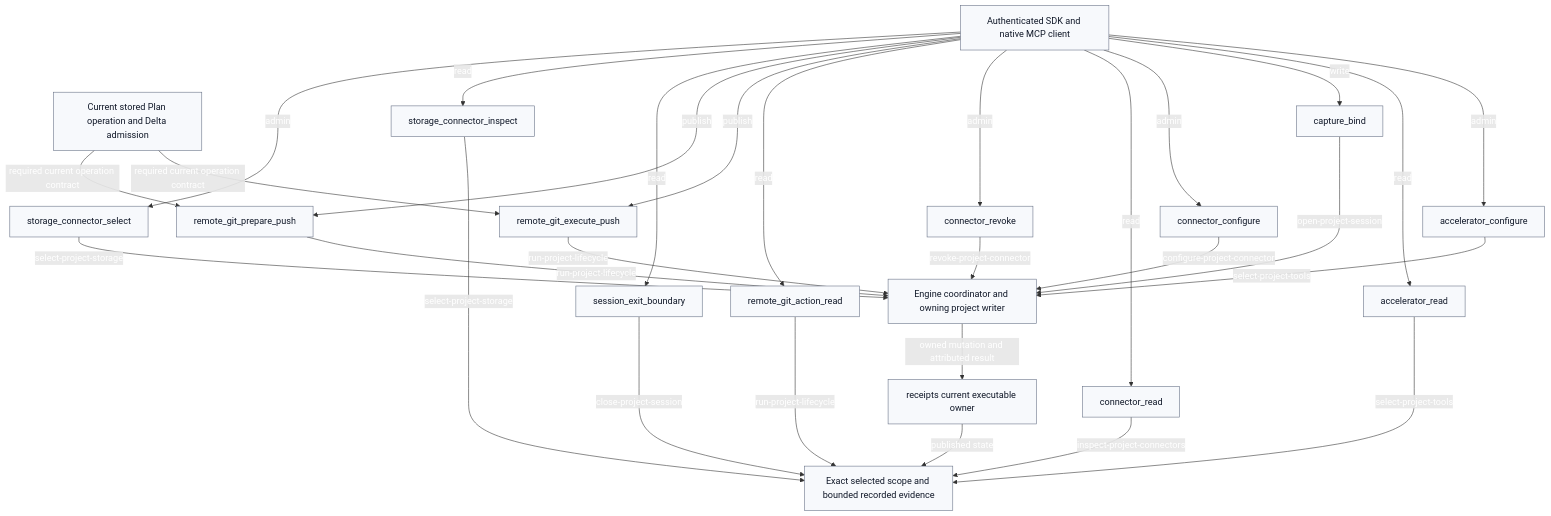
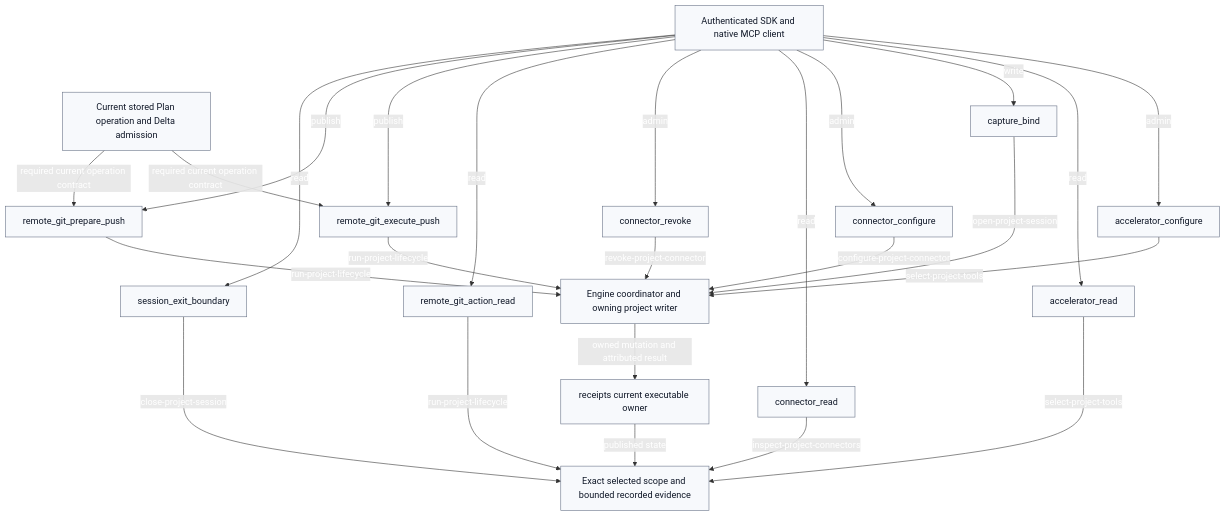
One commit to rathee000001/evidence_lane_plugin changed the diagram in plugins/evidence-lane-plugin/authorities/receipt_ledger/workflow.mmd. Above: the diagram before and after it, drawn with Mermaid. The commit also changed 2144 other files, not shown here.

Commit message:
fix: complete Evidence Lane v4.0.5 candidate

```diff
--- a/plugins/evidence-lane-plugin/authorities/receipt_ledger/workflow.mmd
+++ b/plugins/evidence-lane-plugin/authorities/receipt_ledger/workflow.mmd
@@ -1,69 +1,62 @@
 flowchart TB
 %% EVIDENCE_LANE_GRAPH_ENGINE=LANGGRAPH_STATEGRAPH
 %% LANGGRAPH_VERSION=1.2.11
-%% LANGGRAPH_EXPORT_SHA256=749B02F56D0D67E54FDD8AFFF4AE21FCE2D750B5E3535CE6F4C07636A4EDAE63
+%% LANGGRAPH_EXPORT_SHA256=EF5D0D734696B6F806543F777159CFE8B71E4A3C1B2211FDA70B4241EE7FE746
 %% EVIDENCE_LANE_LAYOUT=BALANCED_TWO_DIMENSIONAL_FANOUT_V1
-%% EVIDENCE_LANE_LAYOUT_CONSTRAINT_COUNT=5
+%% EVIDENCE_LANE_LAYOUT_CONSTRAINT_COUNT=4
   classDef root fill:#101828,stroke:#101828,color:#fff,stroke-width:2px;
   classDef source fill:#edf5ff,stroke:#125cdd,color:#101828;
   classDef semantic fill:#f0ebff,stroke:#7147c7,color:#101828;
   classDef retrieval fill:#eaf8f1,stroke:#24805c,color:#101828;
   classDef git fill:#fff7e7,stroke:#c88722,color:#101828;
   classDef lifecycle fill:#fff1f0,stroke:#ba4236,color:#101828;
   classDef output fill:#f7f9fc,stroke:#667085,color:#101828;
   classDef warn fill:#fff7e7,stroke:#c88722,color:#101828;
   classDef table fill:#f0ebff,stroke:#7147c7,color:#101828;
   classDef column fill:#f7f9fc,stroke:#667085,color:#101828;
   classDef default fill:#f7f9fc,stroke:#667085,color:#101828;
   sdk["Authenticated SDK and native MCP client"]:::default
   read["Exact selected scope and bounded recorded evidence"]:::default
   writer["Engine coordinator and owning project writer"]:::default
   delta["Current stored Plan operation and Delta admission"]:::default
   owner["receipts current executable owner"]:::default
   action_accelerator_configure["accelerator_configure"]:::default
   action_accelerator_read["accelerator_read"]:::default
   action_capture_bind["capture_bind"]:::default
   action_connector_configure["connector_configure"]:::default
   action_connector_read["connector_read"]:::default
   action_connector_revoke["connector_revoke"]:::default
   action_remote_git_action_read["remote_git_action_read"]:::default
   action_remote_git_execute_push["remote_git_execute_push"]:::default
   action_remote_git_prepare_push["remote_git_prepare_push"]:::default
   action_session_exit_boundary["session_exit_boundary"]:::default
-  action_storage_connector_inspect["storage_connector_inspect"]:::default
-  action_storage_connector_select["storage_connector_select"]:::default
   sdk -->|"admin"| action_accelerator_configure
   action_accelerator_configure -->|"select-project-tools"| writer
   sdk -->|"read"| action_accelerator_read
   action_accelerator_read -->|"select-project-tools"| read
   sdk -->|"write"| action_capture_bind
   action_capture_bind -->|"open-project-session"| writer
   sdk -->|"admin"| action_connector_configure
   action_connector_configure -->|"configure-project-connector"| writer
   sdk -->|"read"| action_connector_read
   action_connector_read -->|"inspect-project-connectors"| read
   sdk -->|"admin"| action_connector_revoke
   action_connector_revoke -->|"revoke-project-connector"| writer
   sdk -->|"read"| action_remote_git_action_read
   action_remote_git_action_read -->|"run-project-lifecycle"| read
   sdk -->|"publish"| action_remote_git_execute_push
   delta -->|"required current operation contract"| action_remote_git_execute_push
   action_remote_git_execute_push -->|"run-project-lifecycle"| writer
   sdk -->|"publish"| action_remote_git_prepare_push
   delta -->|"required current operation contract"| action_remote_git_prepare_push
   action_remote_git_prepare_push -->|"run-project-lifecycle"| writer
   sdk -->|"read"| action_session_exit_boundary
   action_session_exit_boundary -->|"close-project-session"| read
-  sdk -->|"read"| action_storage_connector_inspect
-  action_storage_connector_inspect -->|"select-project-storage"| read
-  sdk -->|"admin"| action_storage_connector_select
-  action_storage_connector_select -->|"select-project-storage"| writer
   writer -->|"owned mutation and attributed result"| owner
   owner -->|"published state"| read
 %% EVIDENCE_LANE_LAYOUT_CONSTRAINTS_BEGIN
   action_accelerator_configure ~~~ action_accelerator_read
   action_capture_bind ~~~ action_connector_configure
   action_connector_revoke ~~~ action_remote_git_action_read
   action_remote_git_prepare_push ~~~ action_session_exit_boundary
-  action_storage_connector_inspect ~~~ action_storage_connector_select
 %% EVIDENCE_LANE_LAYOUT_CONSTRAINTS_END
```
